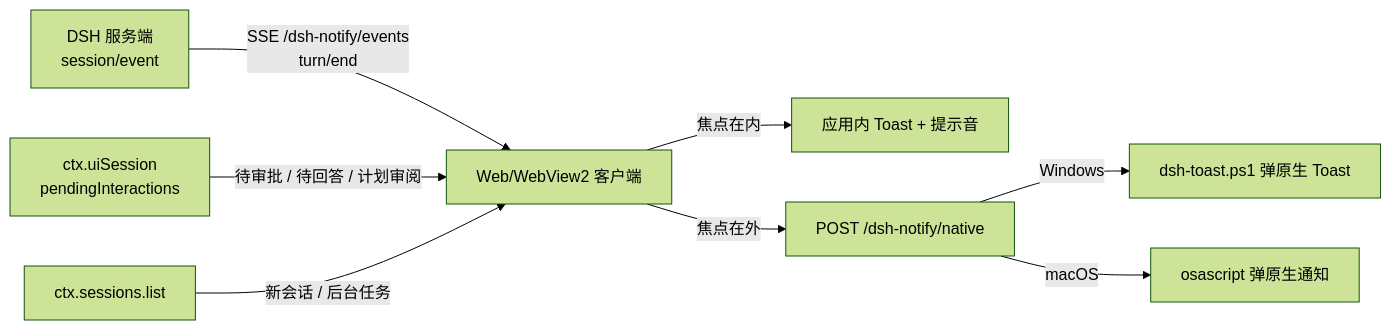
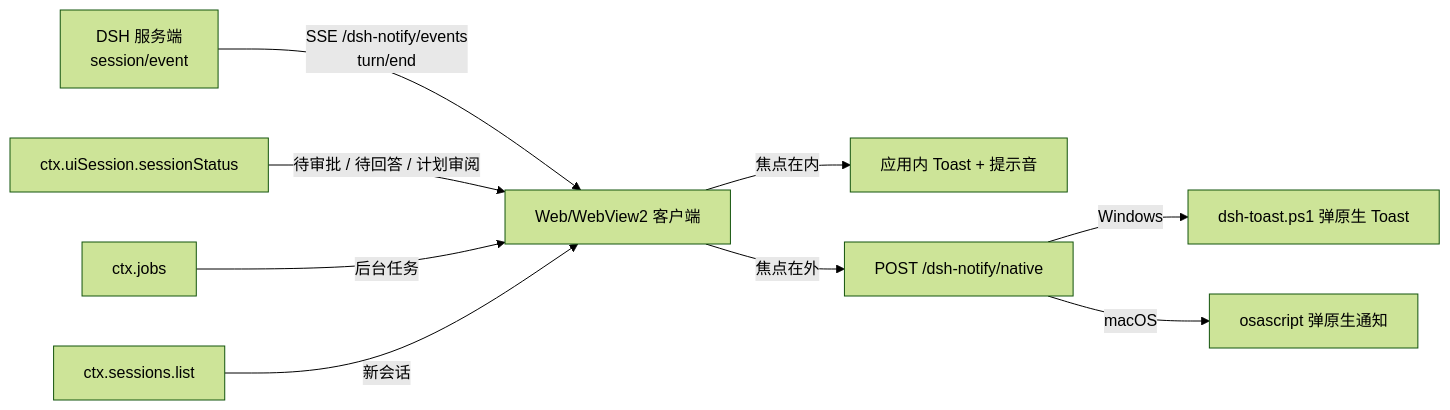
One commit to having5548/dsh-notify changed the diagram in README.md. Above: the diagram before and after it, drawn with Mermaid (forest theme). The commit also changed other lines of this file and 4 other files, not shown here.

````diff
--- a/README.md
+++ b/README.md
@@ -85,10 +86,11 @@
 ```mermaid
 flowchart LR
     A[DSH 服务端<br/>session/event] -->|SSE /dsh-notify/events<br/>turn/end| B[Web/WebView2 客户端]
-    P[ctx.uiSession<br/>pendingInteractions] -->|待审批 / 待回答 / 计划审阅| B
-    L[ctx.sessions.list] -->|新会话 / 后台任务| B
+    P[ctx.uiSession.sessionStatus] -->|待审批 / 待回答 / 计划审阅| B
+    J[ctx.jobs] -->|后台任务| B
+    L[ctx.sessions.list] -->|新会话| B
     B -->|焦点在内| C[应用内 Toast + 提示音]
     B -->|焦点在外| D[POST /dsh-notify/native]
     D -->|Windows| E[dsh-toast.ps1 弹原生 Toast]
     D -->|macOS| F[osascript 弹原生通知]
 ```
````
